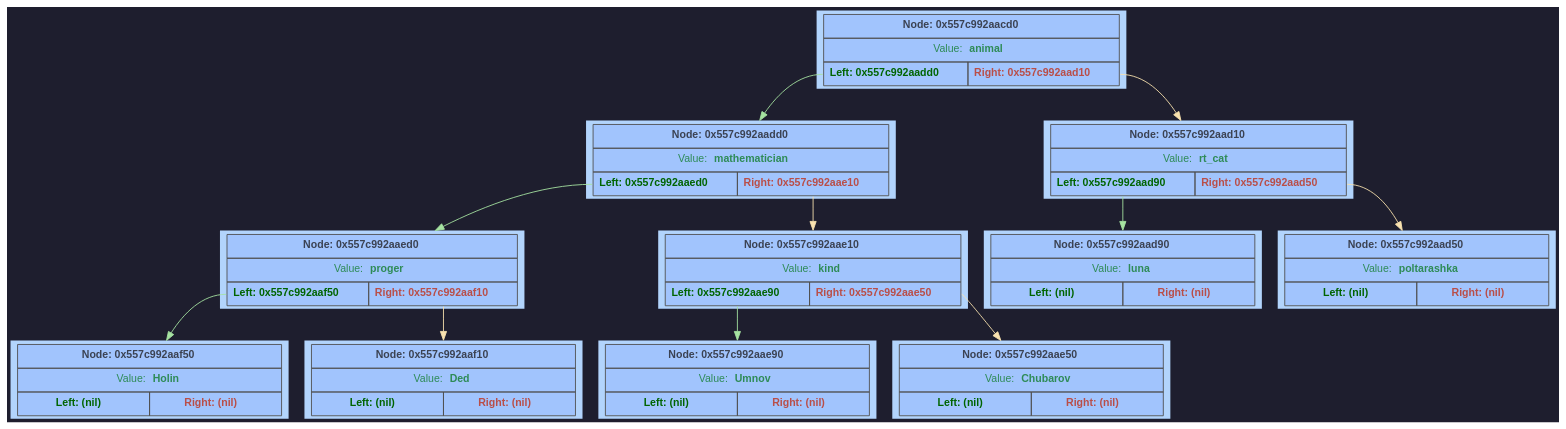
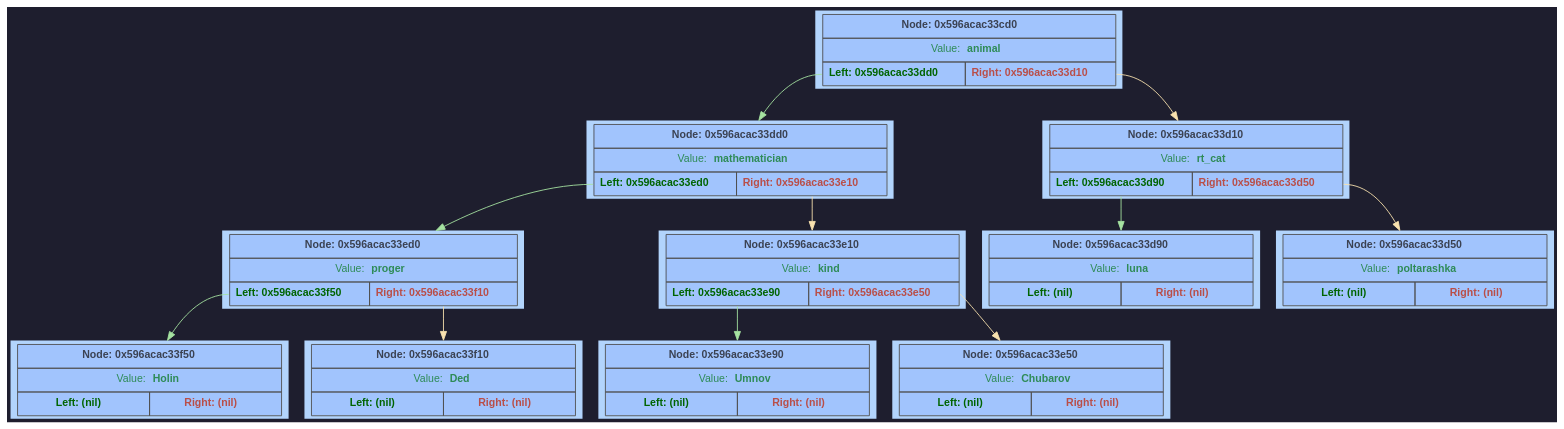
One commit to F1merhub/Akinator changed the diagram in GraphDump/dump.dot. Above: the diagram before and after it, drawn with Graphviz. The commit also changed 11 other files, not shown here.

```diff
--- a/GraphDump/dump.dot
+++ b/GraphDump/dump.dot
@@ -1,114 +1,114 @@
 digraph G {
 	rankdir = TB;
 	bgcolor="#1e1e2e";
 	node [shape=rectangle, style=filled, fontname=Helvetica, fontsize=12, fillcolor="#89b4fa", color="#cba6f7", fontcolor="#1e1e2e"];
-	node0x557c992aacd0 [shape=plaintext; style=filled; color="#fcf0d2"; fillcolor="#b2d4fc"; label = <
+	node0x596acac33cd0 [shape=plaintext; style=filled; color="#fcf0d2"; fillcolor="#b2d4fc"; label = <
 		         <table BORDER="0" CELLBORDER="1" CELLSPACING="0" CELLPADDING="6" BGCOLOR="#a1c4fd" COLOR="#4f4f4f">
-			           <tr><td align='center' colspan='2'><FONT COLOR='#3b4252'><b>Node: 0x557c992aacd0</b></FONT></td></tr>
+			           <tr><td align='center' colspan='2'><FONT COLOR='#3b4252'><b>Node: 0x596acac33cd0</b></FONT></td></tr>
 			           <tr><td align='center' colspan='2'><FONT COLOR='#2e8b57'>Value: <b>animal</b></FONT></td></tr>
 			           <tr>
-			               <td WIDTH='150' PORT='left'  align='center'><FONT COLOR='#006400'><b>Left: 0x557c992aadd0</b></FONT></td>
-			               <td WIDTH='150' PORT='right' align='center'><FONT COLOR='#b94e48'><b>Right: 0x557c992aad10</b></FONT></td>
+			               <td WIDTH='150' PORT='left'  align='center'><FONT COLOR='#006400'><b>Left: 0x596acac33dd0</b></FONT></td>
+			               <td WIDTH='150' PORT='right' align='center'><FONT COLOR='#b94e48'><b>Right: 0x596acac33d10</b></FONT></td>
 			           </tr>
 		         </table> >];
-	node0x557c992aadd0 [shape=plaintext; style=filled; color="#fcf0d2"; fillcolor="#b2d4fc"; label = <
+	node0x596acac33dd0 [shape=plaintext; style=filled; color="#fcf0d2"; fillcolor="#b2d4fc"; label = <
 		         <table BORDER="0" CELLBORDER="1" CELLSPACING="0" CELLPADDING="6" BGCOLOR="#a1c4fd" COLOR="#4f4f4f">
-			           <tr><td align='center' colspan='2'><FONT COLOR='#3b4252'><b>Node: 0x557c992aadd0</b></FONT></td></tr>
+			           <tr><td align='center' colspan='2'><FONT COLOR='#3b4252'><b>Node: 0x596acac33dd0</b></FONT></td></tr>
 			           <tr><td align='center' colspan='2'><FONT COLOR='#2e8b57'>Value: <b>mathematician</b></FONT></td></tr>
 			           <tr>
-			               <td WIDTH='150' PORT='left'  align='center'><FONT COLOR='#006400'><b>Left: 0x557c992aaed0</b></FONT></td>
-			               <td WIDTH='150' PORT='right' align='center'><FONT COLOR='#b94e48'><b>Right: 0x557c992aae10</b></FONT></td>
+			               <td WIDTH='150' PORT='left'  align='center'><FONT COLOR='#006400'><b>Left: 0x596acac33ed0</b></FONT></td>
+			               <td WIDTH='150' PORT='right' align='center'><FONT COLOR='#b94e48'><b>Right: 0x596acac33e10</b></FONT></td>
 			           </tr>
 		         </table> >];
-	node0x557c992aaed0 [shape=plaintext; style=filled; color="#fcf0d2"; fillcolor="#b2d4fc"; label = <
+	node0x596acac33ed0 [shape=plaintext; style=filled; color="#fcf0d2"; fillcolor="#b2d4fc"; label = <
 		         <table BORDER="0" CELLBORDER="1" CELLSPACING="0" CELLPADDING="6" BGCOLOR="#a1c4fd" COLOR="#4f4f4f">
-			           <tr><td align='center' colspan='2'><FONT COLOR='#3b4252'><b>Node: 0x557c992aaed0</b></FONT></td></tr>
+			           <tr><td align='center' colspan='2'><FONT COLOR='#3b4252'><b>Node: 0x596acac33ed0</b></FONT></td></tr>
 			           <tr><td align='center' colspan='2'><FONT COLOR='#2e8b57'>Value: <b>proger</b></FONT></td></tr>
 			           <tr>
-			               <td WIDTH='150' PORT='left'  align='center'><FONT COLOR='#006400'><b>Left: 0x557c992aaf50</b></FONT></td>
-			               <td WIDTH='150' PORT='right' align='center'><FONT COLOR='#b94e48'><b>Right: 0x557c992aaf10</b></FONT></td>
+			               <td WIDTH='150' PORT='left'  align='center'><FONT COLOR='#006400'><b>Left: 0x596acac33f50</b></FONT></td>
+			               <td WIDTH='150' PORT='right' align='center'><FONT COLOR='#b94e48'><b>Right: 0x596acac33f10</b></FONT></td>
 			           </tr>
 		         </table> >];
-	node0x557c992aaf50 [shape=plaintext; style=filled; color="#fcf0d2"; fillcolor="#b2d4fc"; label = <
+	node0x596acac33f50 [shape=plaintext; style=filled; color="#fcf0d2"; fillcolor="#b2d4fc"; label = <
 		         <table BORDER="0" CELLBORDER="1" CELLSPACING="0" CELLPADDING="6" BGCOLOR="#a1c4fd" COLOR="#4f4f4f">
-			           <tr><td align='center' colspan='2'><FONT COLOR='#3b4252'><b>Node: 0x557c992aaf50</b></FONT></td></tr>
+			           <tr><td align='center' colspan='2'><FONT COLOR='#3b4252'><b>Node: 0x596acac33f50</b></FONT></td></tr>
 			           <tr><td align='center' colspan='2'><FONT COLOR='#2e8b57'>Value: <b>Holin</b></FONT></td></tr>
 			           <tr>
 			               <td WIDTH='150' PORT='left'  align='center'><FONT COLOR='#006400'><b>Left: (nil)</b></FONT></td>
 			               <td WIDTH='150' PORT='right' align='center'><FONT COLOR='#b94e48'><b>Right: (nil)</b></FONT></td>
 			           </tr>
 		         </table> >];
-	node0x557c992aaed0:left -> node0x557c992aaf50 [color="#a6e3a1"]
-	node0x557c992aaf10 [shape=plaintext; style=filled; color="#fcf0d2"; fillcolor="#b2d4fc"; label = <
+	node0x596acac33ed0:left -> node0x596acac33f50 [color="#a6e3a1"]
+	node0x596acac33f10 [shape=plaintext; style=filled; color="#fcf0d2"; fillcolor="#b2d4fc"; label = <
 		         <table BORDER="0" CELLBORDER="1" CELLSPACING="0" CELLPADDING="6" BGCOLOR="#a1c4fd" COLOR="#4f4f4f">
-			           <tr><td align='center' colspan='2'><FONT COLOR='#3b4252'><b>Node: 0x557c992aaf10</b></FONT></td></tr>
+			           <tr><td align='center' colspan='2'><FONT COLOR='#3b4252'><b>Node: 0x596acac33f10</b></FONT></td></tr>
 			           <tr><td align='center' colspan='2'><FONT COLOR='#2e8b57'>Value: <b>Ded</b></FONT></td></tr>
 			           <tr>
 			               <td WIDTH='150' PORT='left'  align='center'><FONT COLOR='#006400'><b>Left: (nil)</b></FONT></td>
 			               <td WIDTH='150' PORT='right' align='center'><FONT COLOR='#b94e48'><b>Right: (nil)</b></FONT></td>
 			           </tr>
 		         </table> >];
-	node0x557c992aaed0:right -> node0x557c992aaf10 [color="#f9e2af"]
-	node0x557c992aadd0:left -> node0x557c992aaed0 [color="#a6e3a1"]
-	node0x557c992aae10 [shape=plaintext; style=filled; color="#fcf0d2"; fillcolor="#b2d4fc"; label = <
+	node0x596acac33ed0:right -> node0x596acac33f10 [color="#f9e2af"]
+	node0x596acac33dd0:left -> node0x596acac33ed0 [color="#a6e3a1"]
+	node0x596acac33e10 [shape=plaintext; style=filled; color="#fcf0d2"; fillcolor="#b2d4fc"; label = <
 		         <table BORDER="0" CELLBORDER="1" CELLSPACING="0" CELLPADDING="6" BGCOLOR="#a1c4fd" COLOR="#4f4f4f">
-			           <tr><td align='center' colspan='2'><FONT COLOR='#3b4252'><b>Node: 0x557c992aae10</b></FONT></td></tr>
+			           <tr><td align='center' colspan='2'><FONT COLOR='#3b4252'><b>Node: 0x596acac33e10</b></FONT></td></tr>
 			           <tr><td align='center' colspan='2'><FONT COLOR='#2e8b57'>Value: <b>kind</b></FONT></td></tr>
 			           <tr>
-			               <td WIDTH='150' PORT='left'  align='center'><FONT COLOR='#006400'><b>Left: 0x557c992aae90</b></FONT></td>
-			               <td WIDTH='150' PORT='right' align='center'><FONT COLOR='#b94e48'><b>Right: 0x557c992aae50</b></FONT></td>
+			               <td WIDTH='150' PORT='left'  align='center'><FONT COLOR='#006400'><b>Left: 0x596acac33e90</b></FONT></td>
+			               <td WIDTH='150' PORT='right' align='center'><FONT COLOR='#b94e48'><b>Right: 0x596acac33e50</b></FONT></td>
 			           </tr>
 		         </table> >];
-	node0x557c992aae90 [shape=plaintext; style=filled; color="#fcf0d2"; fillcolor="#b2d4fc"; label = <
+	node0x596acac33e90 [shape=plaintext; style=filled; color="#fcf0d2"; fillcolor="#b2d4fc"; label = <
 		         <table BORDER="0" CELLBORDER="1" CELLSPACING="0" CELLPADDING="6" BGCOLOR="#a1c4fd" COLOR="#4f4f4f">
-			           <tr><td align='center' colspan='2'><FONT COLOR='#3b4252'><b>Node: 0x557c992aae90</b></FONT></td></tr>
+			           <tr><td align='center' colspan='2'><FONT COLOR='#3b4252'><b>Node: 0x596acac33e90</b></FONT></td></tr>
 			           <tr><td align='center' colspan='2'><FONT COLOR='#2e8b57'>Value: <b>Umnov</b></FONT></td></tr>
 			           <tr>
 			               <td WIDTH='150' PORT='left'  align='center'><FONT COLOR='#006400'><b>Left: (nil)</b></FONT></td>
 			               <td WIDTH='150' PORT='right' align='center'><FONT COLOR='#b94e48'><b>Right: (nil)</b></FONT></td>
 			           </tr>
 		         </table> >];
-	node0x557c992aae10:left -> node0x557c992aae90 [color="#a6e3a1"]
-	node0x557c992aae50 [shape=plaintext; style=filled; color="#fcf0d2"; fillcolor="#b2d4fc"; label = <
+	node0x596acac33e10:left -> node0x596acac33e90 [color="#a6e3a1"]
+	node0x596acac33e50 [shape=plaintext; style=filled; color="#fcf0d2"; fillcolor="#b2d4fc"; label = <
 		         <table BORDER="0" CELLBORDER="1" CELLSPACING="0" CELLPADDING="6" BGCOLOR="#a1c4fd" COLOR="#4f4f4f">
-			           <tr><td align='center' colspan='2'><FONT COLOR='#3b4252'><b>Node: 0x557c992aae50</b></FONT></td></tr>
+			           <tr><td align='center' colspan='2'><FONT COLOR='#3b4252'><b>Node: 0x596acac33e50</b></FONT></td></tr>
 			           <tr><td align='center' colspan='2'><FONT COLOR='#2e8b57'>Value: <b>Chubarov</b></FONT></td></tr>
 			           <tr>
 			               <td WIDTH='150' PORT='left'  align='center'><FONT COLOR='#006400'><b>Left: (nil)</b></FONT></td>
 			               <td WIDTH='150' PORT='right' align='center'><FONT COLOR='#b94e48'><b>Right: (nil)</b></FONT></td>
 			           </tr>
 		         </table> >];
-	node0x557c992aae10:right -> node0x557c992aae50 [color="#f9e2af"]
-	node0x557c992aadd0:right -> node0x557c992aae10 [color="#f9e2af"]
-	node0x557c992aacd0:left -> node0x557c992aadd0 [color="#a6e3a1"]
-	node0x557c992aad10 [shape=plaintext; style=filled; color="#fcf0d2"; fillcolor="#b2d4fc"; label = <
+	node0x596acac33e10:right -> node0x596acac33e50 [color="#f9e2af"]
+	node0x596acac33dd0:right -> node0x596acac33e10 [color="#f9e2af"]
+	node0x596acac33cd0:left -> node0x596acac33dd0 [color="#a6e3a1"]
+	node0x596acac33d10 [shape=plaintext; style=filled; color="#fcf0d2"; fillcolor="#b2d4fc"; label = <
 		         <table BORDER="0" CELLBORDER="1" CELLSPACING="0" CELLPADDING="6" BGCOLOR="#a1c4fd" COLOR="#4f4f4f">
-			           <tr><td align='center' colspan='2'><FONT COLOR='#3b4252'><b>Node: 0x557c992aad10</b></FONT></td></tr>
+			           <tr><td align='center' colspan='2'><FONT COLOR='#3b4252'><b>Node: 0x596acac33d10</b></FONT></td></tr>
 			           <tr><td align='center' colspan='2'><FONT COLOR='#2e8b57'>Value: <b>rt_cat</b></FONT></td></tr>
 			           <tr>
-			               <td WIDTH='150' PORT='left'  align='center'><FONT COLOR='#006400'><b>Left: 0x557c992aad90</b></FONT></td>
-			               <td WIDTH='150' PORT='right' align='center'><FONT COLOR='#b94e48'><b>Right: 0x557c992aad50</b></FONT></td>
+			               <td WIDTH='150' PORT='left'  align='center'><FONT COLOR='#006400'><b>Left: 0x596acac33d90</b></FONT></td>
+			               <td WIDTH='150' PORT='right' align='center'><FONT COLOR='#b94e48'><b>Right: 0x596acac33d50</b></FONT></td>
 			           </tr>
 		         </table> >];
-	node0x557c992aad90 [shape=plaintext; style=filled; color="#fcf0d2"; fillcolor="#b2d4fc"; label = <
+	node0x596acac33d90 [shape=plaintext; style=filled; color="#fcf0d2"; fillcolor="#b2d4fc"; label = <
 		         <table BORDER="0" CELLBORDER="1" CELLSPACING="0" CELLPADDING="6" BGCOLOR="#a1c4fd" COLOR="#4f4f4f">
-			           <tr><td align='center' colspan='2'><FONT COLOR='#3b4252'><b>Node: 0x557c992aad90</b></FONT></td></tr>
+			           <tr><td align='center' colspan='2'><FONT COLOR='#3b4252'><b>Node: 0x596acac33d90</b></FONT></td></tr>
 			           <tr><td align='center' colspan='2'><FONT COLOR='#2e8b57'>Value: <b>luna</b></FONT></td></tr>
 			           <tr>
 			               <td WIDTH='150' PORT='left'  align='center'><FONT COLOR='#006400'><b>Left: (nil)</b></FONT></td>
 			               <td WIDTH='150' PORT='right' align='center'><FONT COLOR='#b94e48'><b>Right: (nil)</b></FONT></td>
 			           </tr>
 		         </table> >];
-	node0x557c992aad10:left -> node0x557c992aad90 [color="#a6e3a1"]
-	node0x557c992aad50 [shape=plaintext; style=filled; color="#fcf0d2"; fillcolor="#b2d4fc"; label = <
+	node0x596acac33d10:left -> node0x596acac33d90 [color="#a6e3a1"]
+	node0x596acac33d50 [shape=plaintext; style=filled; color="#fcf0d2"; fillcolor="#b2d4fc"; label = <
 		         <table BORDER="0" CELLBORDER="1" CELLSPACING="0" CELLPADDING="6" BGCOLOR="#a1c4fd" COLOR="#4f4f4f">
-			           <tr><td align='center' colspan='2'><FONT COLOR='#3b4252'><b>Node: 0x557c992aad50</b></FONT></td></tr>
+			           <tr><td align='center' colspan='2'><FONT COLOR='#3b4252'><b>Node: 0x596acac33d50</b></FONT></td></tr>
 			           <tr><td align='center' colspan='2'><FONT COLOR='#2e8b57'>Value: <b>poltarashka</b></FONT></td></tr>
 			           <tr>
 			               <td WIDTH='150' PORT='left'  align='center'><FONT COLOR='#006400'><b>Left: (nil)</b></FONT></td>
 			               <td WIDTH='150' PORT='right' align='center'><FONT COLOR='#b94e48'><b>Right: (nil)</b></FONT></td>
 			           </tr>
 		         </table> >];
-	node0x557c992aad10:right -> node0x557c992aad50 [color="#f9e2af"]
-	node0x557c992aacd0:right -> node0x557c992aad10 [color="#f9e2af"]
+	node0x596acac33d10:right -> node0x596acac33d50 [color="#f9e2af"]
+	node0x596acac33cd0:right -> node0x596acac33d10 [color="#f9e2af"]
 }
```
